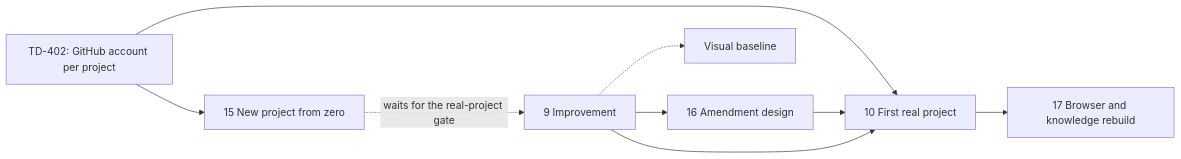
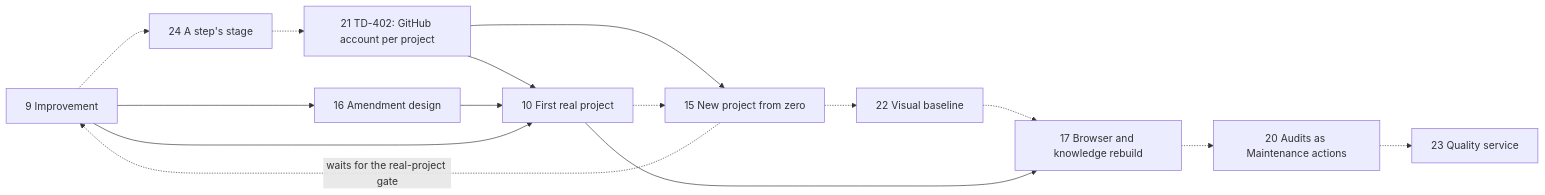
One commit to maba-pag/owlbear changed the diagram in .owlbear/research/owlbear-plan.md. Above: the diagram before and after it, drawn with Mermaid. The commit also changed other lines of this file, not shown here.

````diff
--- a/.owlbear/research/owlbear-plan.md
+++ b/.owlbear/research/owlbear-plan.md
@@ -114,11 +113,17 @@
 ```mermaid
 flowchart LR
-  A402["TD-402: GitHub account per project"] --> I15["15 New project from zero"]
-  A402 --> I10["10 First real project"]
-  I9["9 Improvement"] --> I16["16 Amendment design"]
+  I9["9 Improvement"] -.-> I24["24 A step's stage"]
+  I24 -.-> I21["21 TD-402: GitHub account per project"]
+  I21 --> I15["15 New project from zero"]
+  I21 --> I10["10 First real project"]
+  I9 --> I16["16 Amendment design"]
   I16 --> I10
   I9 --> I10
+  I10 -.-> I15
   I15 -. waits for the real-project gate .-> I9
-  I10 --> I17["17 Browser and knowledge rebuild"]
-  I9 -.-> VB["Visual baseline"]
+  I15 -.-> I22["22 Visual baseline"]
+  I22 -.-> I17["17 Browser and knowledge rebuild"]
+  I10 --> I17
+  I17 -.-> I20["20 Audits as Maintenance actions"]
+  I20 -.-> I23["23 Quality service"]
 ```
````
